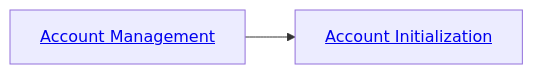
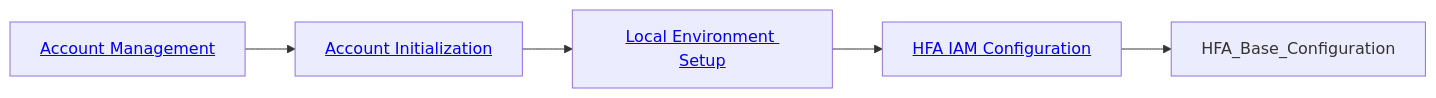
One commit to Huawei-APAC-Professional-Services/hfa-workshop changed the diagram in workshop/Readme.md. Above: the diagram before and after it, drawn with Mermaid. The commit also changed 1 other file, not shown here.

````diff
--- a/workshop/Readme.md
+++ b/workshop/Readme.md
@@ -40,6 +40,8 @@
 ```mermaid
 flowchart LR
-    Account[<a href='https://github.com/Huawei-APAC-Professional-Services/hfa/blob/main/workshop/content/01_AccountManagement.md'>Account Management</a>]
-    Account --> AccountInitialization[<a href='https://github.com/Huawei-APAC-Professional-Services/hfa/blob/main/workshop/content/02_AccountInitialization.md'>Account Initialization</a>]
-    
+    Account[<a href='https://github.com/Huawei-APAC-Professional-Services/hfa-workshop/blob/main/workshop/content/01_Account_Management.md'>Account Management</a>]
+    Account --> AccountInitialization[<a href='https://github.com/Huawei-APAC-Professional-Services/hfa-workshop/blob/main/workshop/content/02_Account_Initialization.md'>Account Initialization</a>]
+    AccountInitialization --> LocalEnvironmentSetup[<a href='https://github.com/Huawei-APAC-Professional-Services/hfa-workshop/blob/main/workshop/content/03_Local_Env_Setup.md'>Local Environment Setup</a>]
+    LocalEnvironmentSetup --> HFA_IAM_Configuration[<a href='https://github.com/Huawei-APAC-Professional-Services/hfa-workshop/blob/main/workshop/content/04_HFA_IAM_Configuration.md'>HFA IAM Configuration</a>]
+    HFA_IAM_Configuration --> HFA_Base_Configuration
 ```
````
